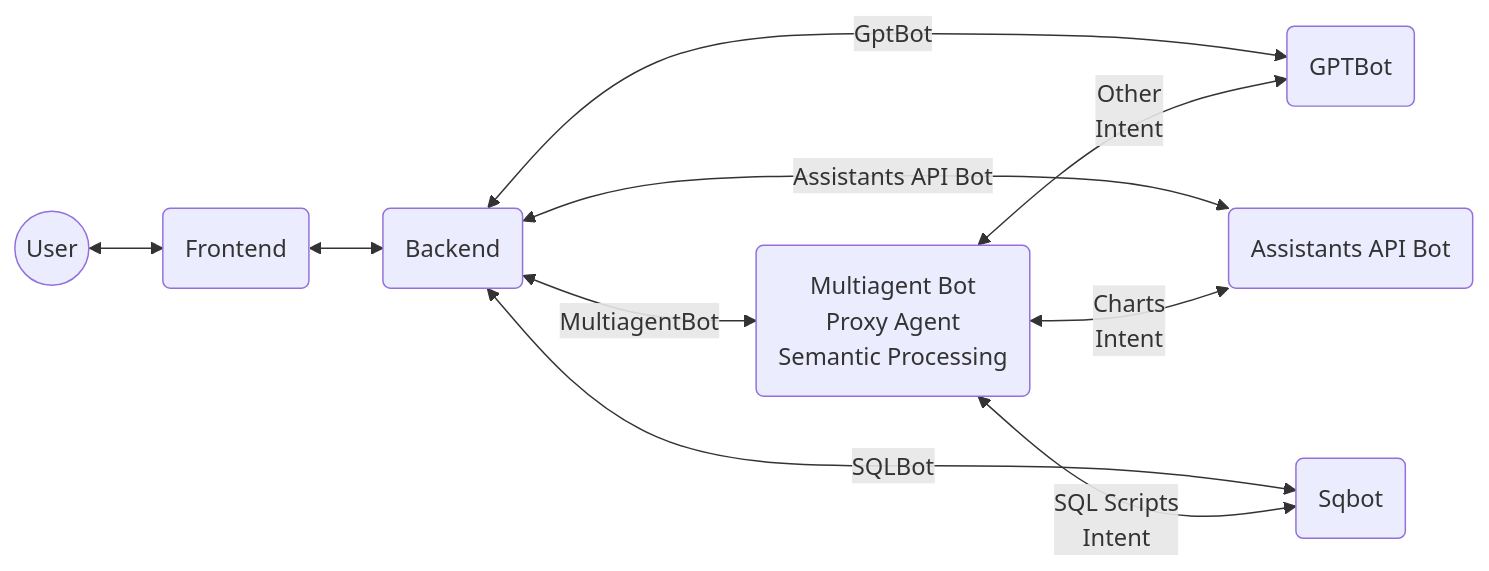
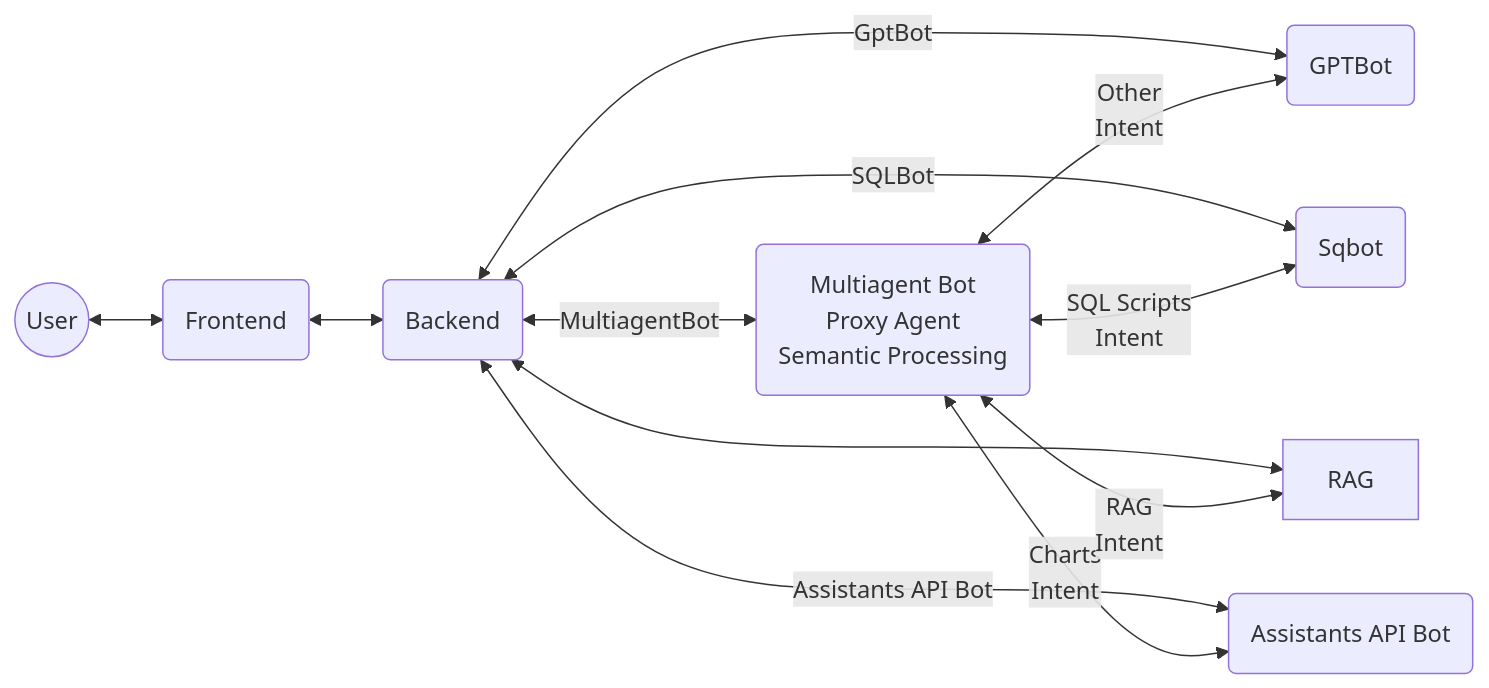
The diagram in README.md (msalemor/adventureworks-viewer-ai), drawn with Mermaid before and after one commit.

````diff
--- a/README.md
+++ b/README.md
@@ -11,12 +11,14 @@
 ```mermaid
 graph LR;
   A((User))<-->F(Frontend)
   F<-->B(Backend)
   B<--GptBot-->O(GPTBot)
+  B<--SQLBot-->SQL(Sqbot)
+  B<-->RAG
   B<--Assistants API Bot-->Asst(Assistants API Bot)
-  B<--SQLBot-->SQL(Sqbot)
   B<--MultiagentBot-->M(Multiagent Bot<br/>Proxy Agent<br/>Semantic Processing)
   M<--Other<br/>Intent-->O
   M<--SQL Scripts<br/>Intent-->SQL
   M<--Charts<br/>Intent-->Asst
+  M<--RAG<br/>Intent-->RAG
 ```
````
